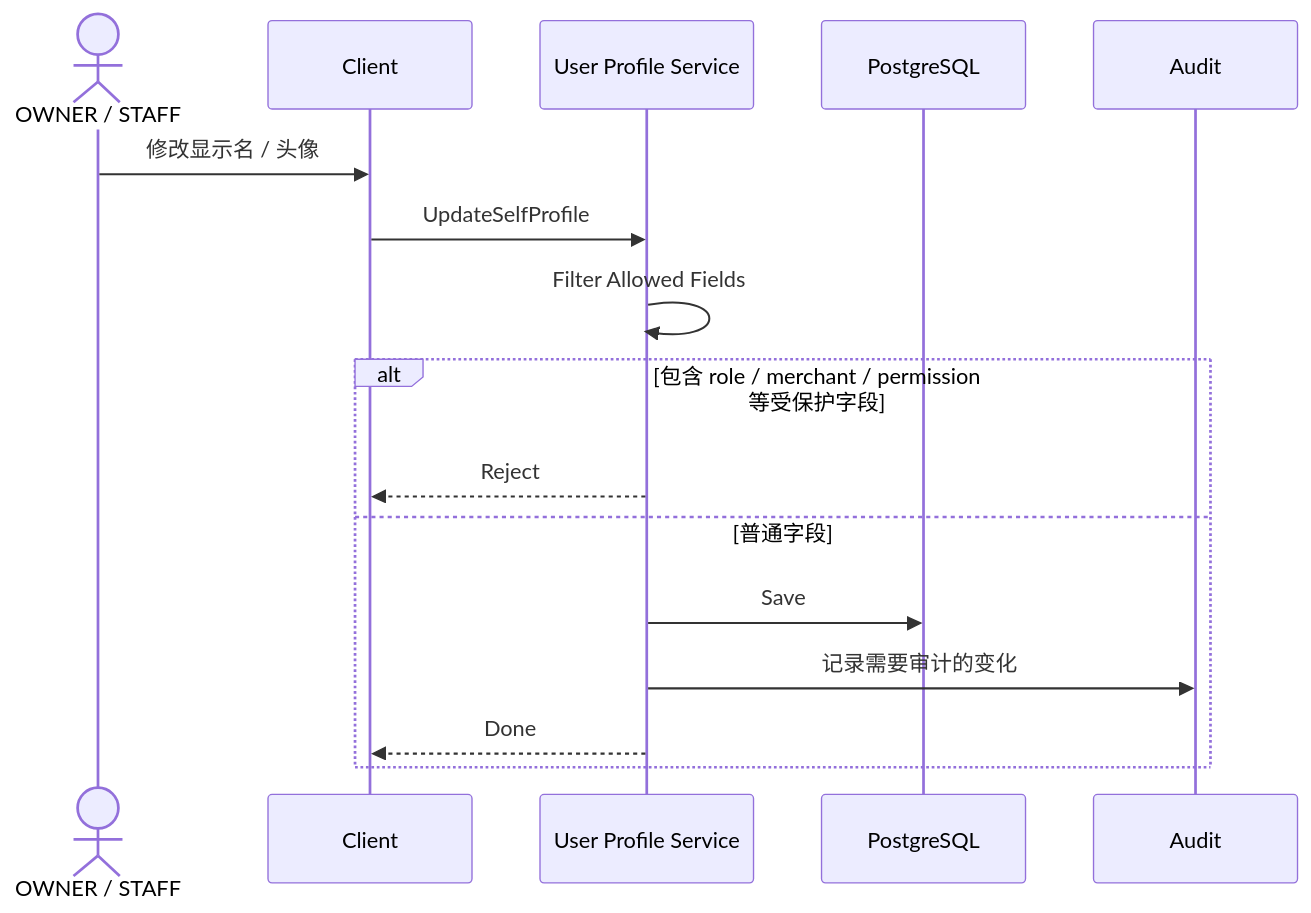
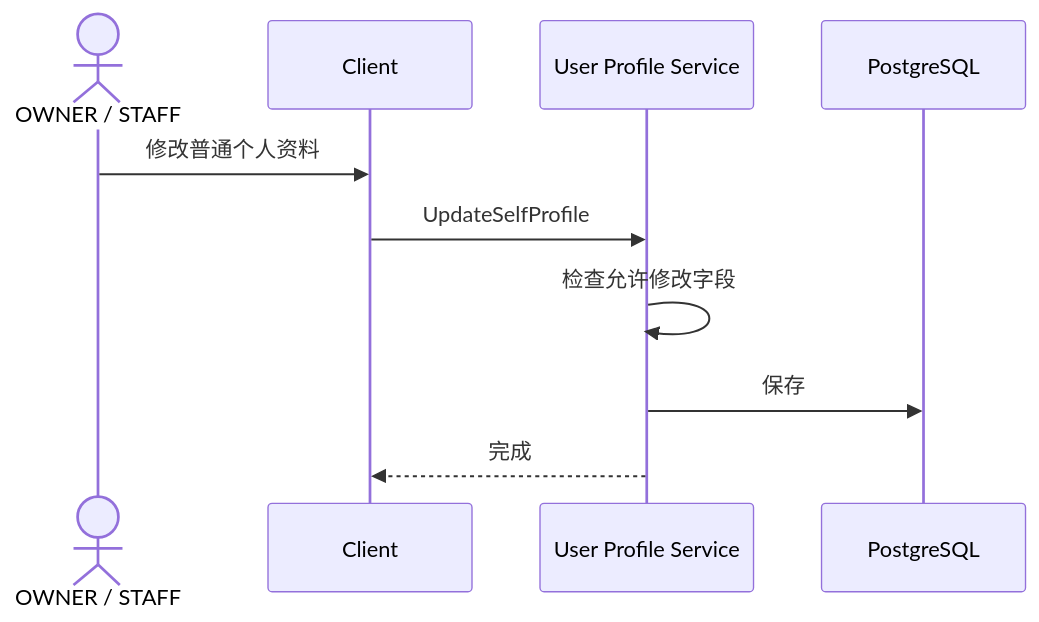
The first of 8 diagrams in docs/system-design/01-账户与身份/03-用户资料与账号管理.md (sxyq/mastergoods), drawn with Mermaid before and after one commit. The commit also changed other lines of this file and 12 other files, not shown here.

Commit message:
docs(system-design): sync detailed design and explain flows

````diff
--- a/docs/system-design/01-账户与身份/03-用户资料与账号管理.md
+++ b/docs/system-design/01-账户与身份/03-用户资料与账号管理.md
@@ -107,20 +48,13 @@
 ```mermaid
 sequenceDiagram
     actor U as OWNER / STAFF
     participant C as Client
     participant PROFILE as User Profile Service
     participant DB as PostgreSQL
-    participant AUDIT as Audit
 
-    U->>C: 修改显示名 / 头像
+    U->>C: 修改普通个人资料
     C->>PROFILE: UpdateSelfProfile
-    PROFILE->>PROFILE: Filter Allowed Fields
-
-    alt 包含 role / merchant / permission 等受保护字段
-        PROFILE-->>C: Reject
-    else 普通字段
-        PROFILE->>DB: Save
-        PROFILE->>AUDIT: 记录需要审计的变化
-        PROFILE-->>C: Done
-    end
+    PROFILE->>PROFILE: 检查允许修改字段
+    PROFILE->>DB: 保存
+    PROFILE-->>C: 完成
 ```
````
